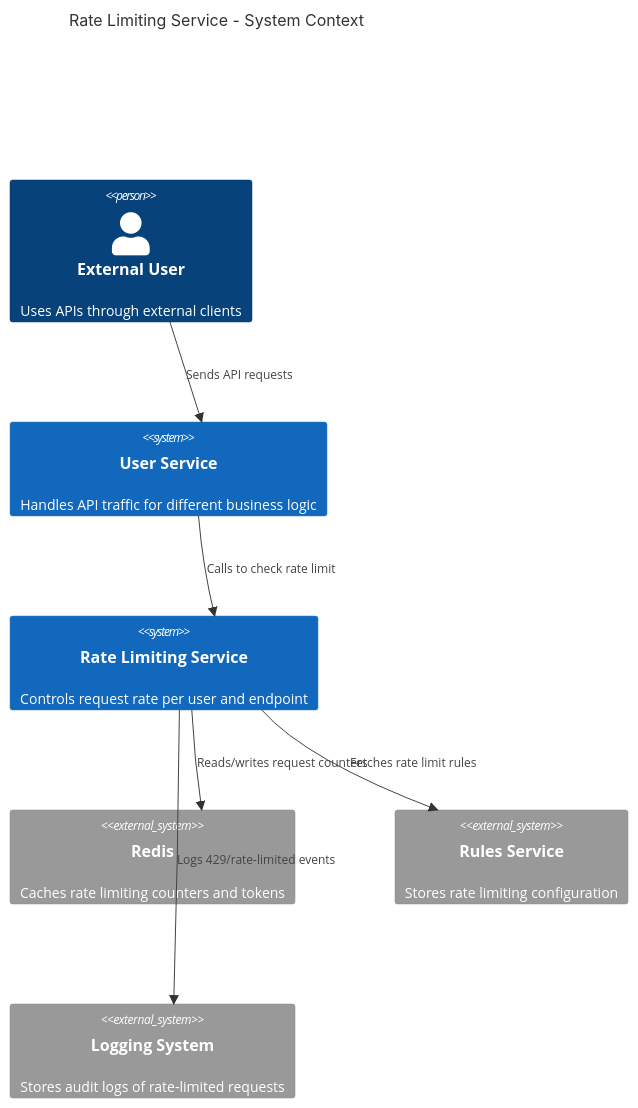
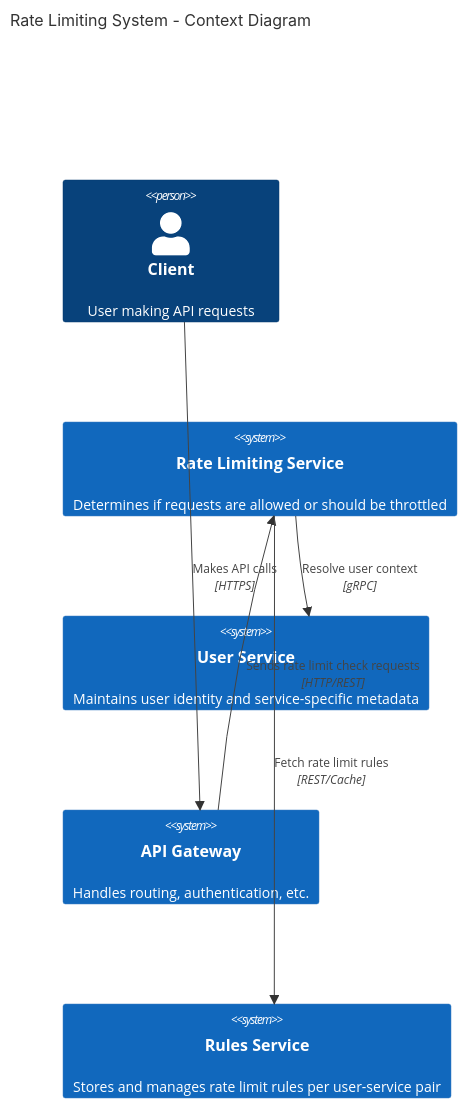
One commit to Ozenkol/Rate-limiter changed the second of 3 diagrams in README.md. Above: the diagram before and after it, drawn with Mermaid. The commit also changed other lines of this file, not shown here.

````diff
--- a/README.md
+++ b/README.md
@@ -159,26 +161,17 @@
 ```mermaid
 C4Context
-title Rate Limiting Service - System Context
+title Rate Limiting System - Context Diagram
 
-Person(ExternalUser, "External User", "Uses APIs through external clients")
+Person(client, "Client", "User making API requests")
+System(rateLimiter, "Rate Limiting Service", "Determines if requests are allowed or should be throttled")
+System(userService, "User Service", "Maintains user identity and service-specific metadata")
+System(apiGateway, "API Gateway", "Handles routing, authentication, etc.")
+System(rulesService, "Rules Service", "Stores and manages rate limit rules per user-service pair")
 
-System(UserService, "User Service", "Handles API traffic for different business logic")
-
-System(RateLimiter, "Rate Limiting Service", "Controls request rate per user and endpoint")
-
-System_Ext(RedisStore, "Redis", "Caches rate limiting counters and tokens")
-
-System_Ext(RulesService, "Rules Service", "Stores rate limiting configuration")
-
-System_Ext(LoggingSystem, "Logging System", "Stores audit logs of rate-limited requests")
-
-
-Rel(ExternalUser, UserService, "Sends API requests")
-Rel(UserService, RateLimiter, "Calls to check rate limit")
-Rel(RateLimiter, RedisStore, "Reads/writes request counters")
-Rel(RateLimiter, RulesService, "Fetches rate limit rules")
-Rel(RateLimiter, LoggingSystem, "Logs 429/rate-limited events")
-
+Rel(client, apiGateway, "Makes API calls", "HTTPS")
+Rel(apiGateway, rateLimiter, "Sends rate limit check requests", "HTTP/REST")
+Rel(rateLimiter, rulesService, "Fetch rate limit rules", "REST/Cache")
+Rel(rateLimiter, userService, "Resolve user context", "gRPC")
 
 
 ```
````
